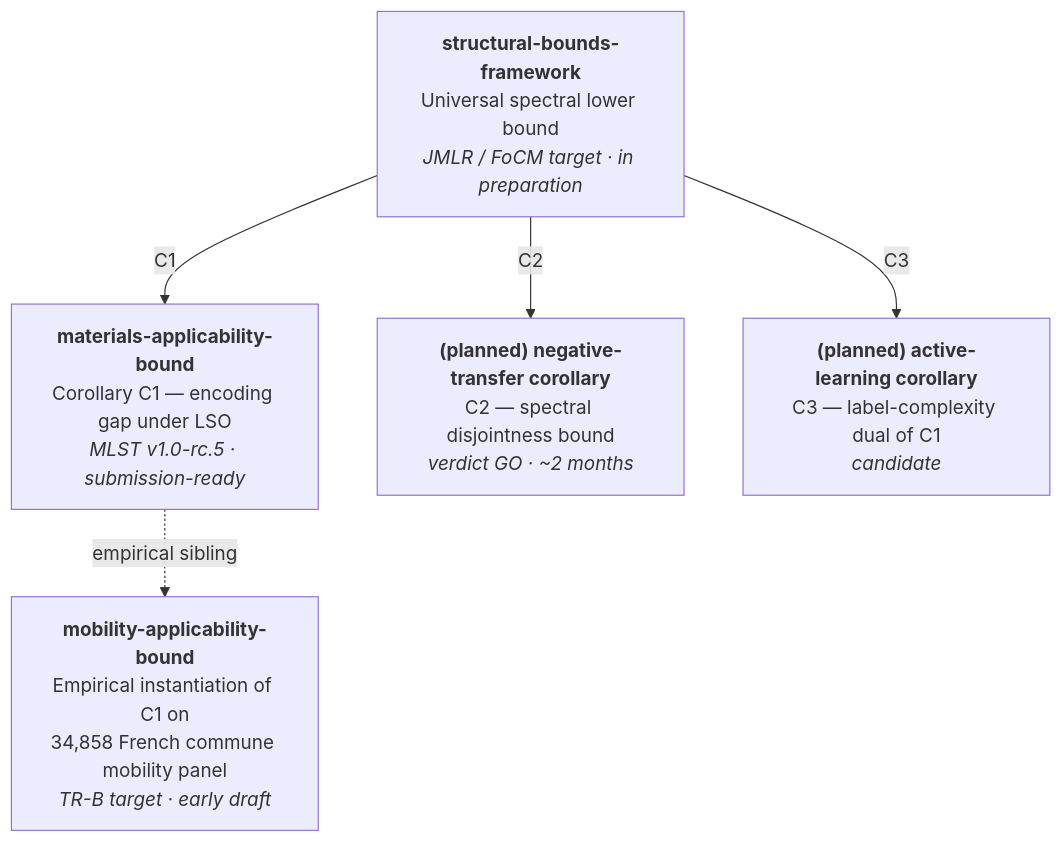
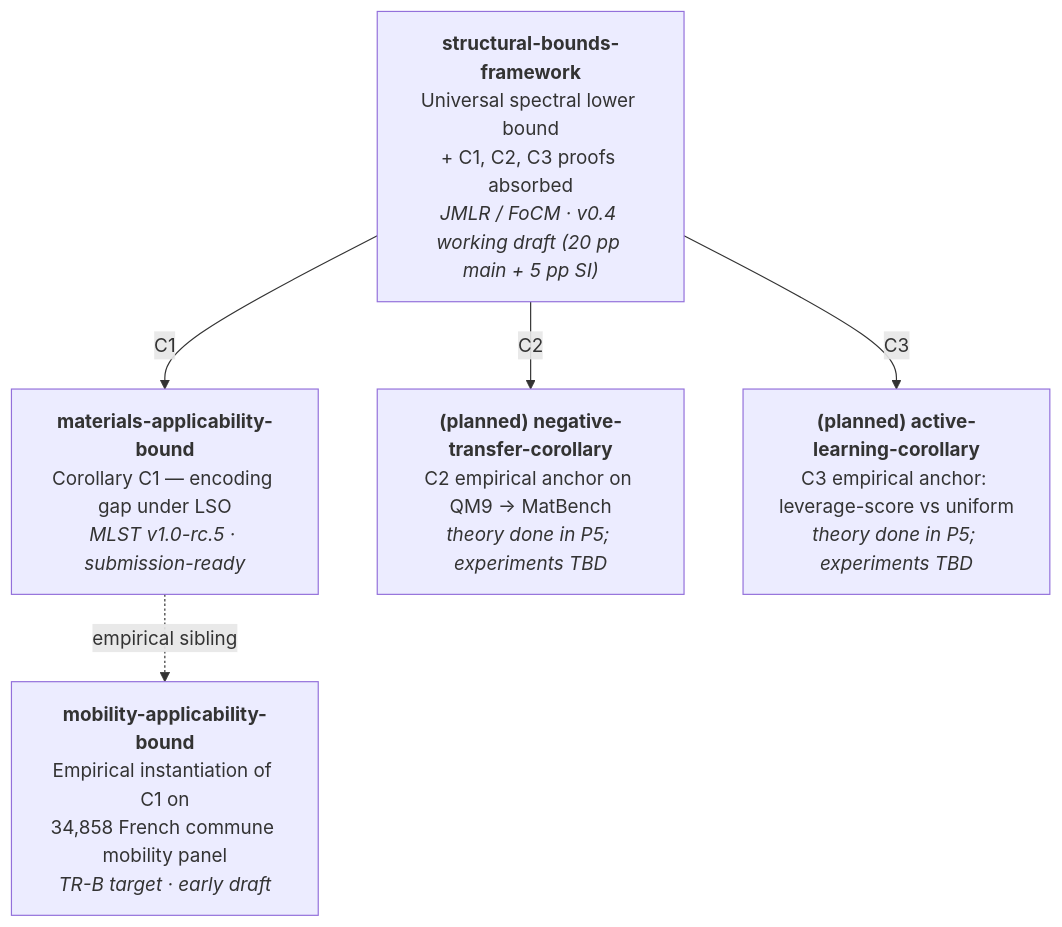
Before and after one commit to cycling-data-lab/.github: the first of 2 diagrams in profile/README.md, drawn with Mermaid. The commit also changed other lines of this file, not shown here.

Commit message:
Reflect Paper 5 (structural-bounds-framework) v0.4 status
The unified-framework paper has progressed rapidly to a substantive
v0.4 working draft (20 pp main + 5 pp SI + 5 research notes + cover
letter for JMLR/FoCM). Updates to the org profile README:

- Mermaid diagram P5 node: v0.4 status with page count; C2 and C3
  corollary nodes updated to "theory done in P5; experiments TBD"
  reflecting that the proofs now live inside the main paper.
- Repository map: replaced the "Pesenson-ridge open conjecture"
  description with the actual methodological pillars used in the
  proof (transductive Rademacher + Hoeffding-Serfling + Berry-Esseen
  + Le Cam + ERM-on-projection witness).
- Status note: describes the v0.4 milestone explicitly.

````diff
--- a/profile/README.md
+++ b/profile/README.md
@@ -21,13 +21,13 @@
 ```mermaid
 flowchart TD
-    P5["<b>structural-bounds-framework</b><br/>Universal spectral lower bound<br/><i>JMLR / FoCM target · in preparation</i>"]
+    P5["<b>structural-bounds-framework</b><br/>Universal spectral lower bound<br/>+ C1, C2, C3 proofs absorbed<br/><i>JMLR / FoCM · v0.4 working draft (20 pp main + 5 pp SI)</i>"]
     P1["<b>materials-applicability-bound</b><br/>Corollary C1 — encoding gap under LSO<br/><i>MLST v1.0-rc.5 · submission-ready</i>"]
     P4["<b>mobility-applicability-bound</b><br/>Empirical instantiation of C1 on<br/>34,858 French commune mobility panel<br/><i>TR-B target · early draft</i>"]
-    P2["<b>(planned) negative-transfer corollary</b><br/>C2 — spectral disjointness bound<br/><i>verdict GO · ~2 months</i>"]
-    P3["<b>(planned) active-learning corollary</b><br/>C3 — label-complexity dual of C1<br/><i>candidate</i>"]
+    P2["<b>(planned) negative-transfer-corollary</b><br/>C2 empirical anchor on QM9 → MatBench<br/><i>theory done in P5; experiments TBD</i>"]
+    P3["<b>(planned) active-learning-corollary</b><br/>C3 empirical anchor: leverage-score vs uniform<br/><i>theory done in P5; experiments TBD</i>"]
 
     P5 -->|C1| P1
     P5 -->|C2| P2
     P5 -->|C3| P3
     P1 -.->|empirical sibling| P4
 ```
````
